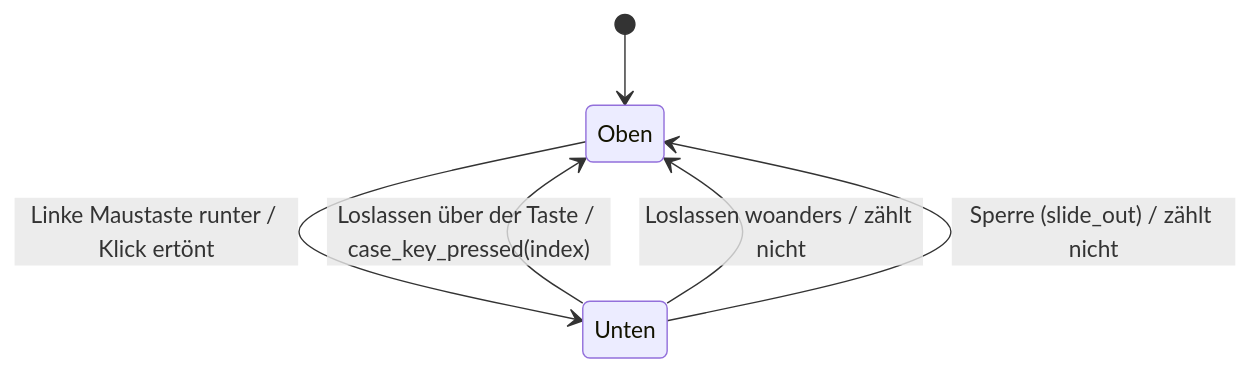
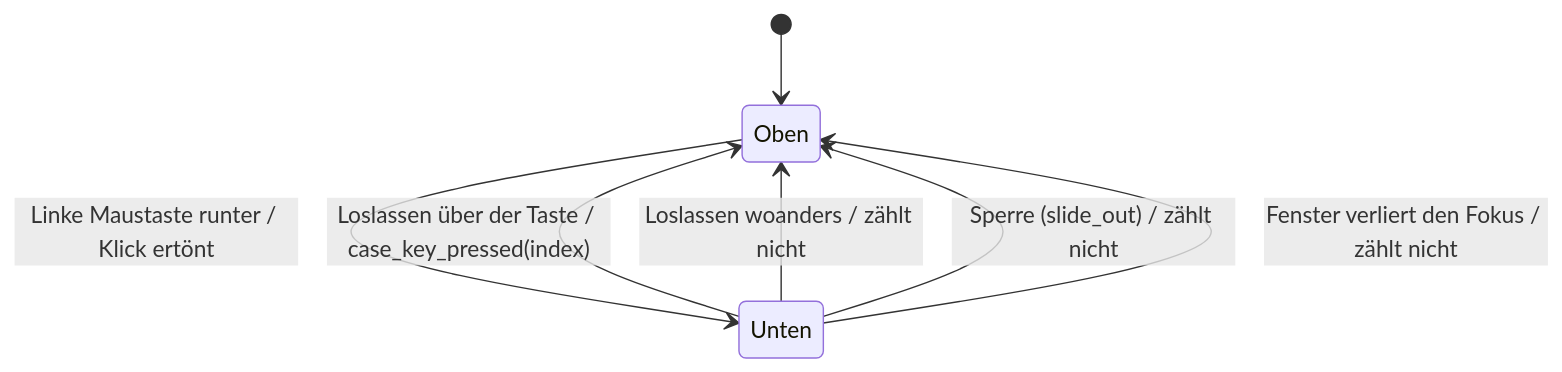
The first of 2 diagrams in specs/006-easter-egg-space-invaders/data-model.md (klausmoster/DerComputerladen), drawn with Mermaid before and after one commit. The commit also changed 13 other files, not shown here.

````diff
--- a/specs/006-easter-egg-space-invaders/data-model.md
+++ b/specs/006-easter-egg-space-invaders/data-model.md
@@ -13,8 +13,9 @@
 ```mermaid
 stateDiagram-v2
     [*] --> Oben
     Oben --> Unten: Linke Maustaste runter / Klick ertönt
     Unten --> Oben: Loslassen über der Taste / case_key_pressed(index)
     Unten --> Oben: Loslassen woanders / zählt nicht
     Unten --> Oben: Sperre (slide_out) / zählt nicht
+    Unten --> Oben: Fenster verliert den Fokus / zählt nicht
 ```
````
